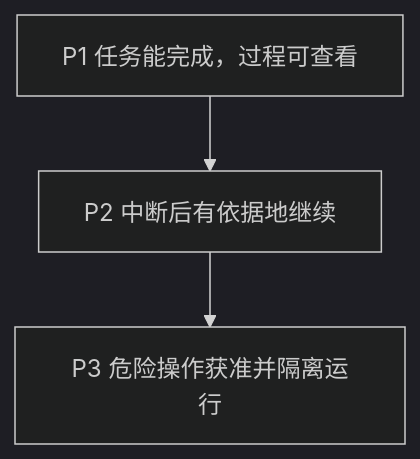
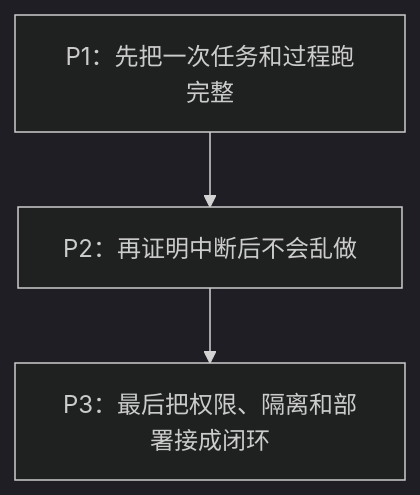
One commit to CherryYang05/BearAgent changed the diagram in site/src/content/docs/zh-cn/project/milestones.md. Above: the diagram before and after it, drawn with Mermaid (dark theme). The commit also changed other lines of this file and 51 other files, not shown here.

````diff
--- a/site/src/content/docs/zh-cn/project/milestones.md
+++ b/site/src/content/docs/zh-cn/project/milestones.md
@@ -20,5 +21,5 @@
 ```mermaid
 flowchart TB
-    P1["P1 任务能完成，过程可查看"] --> P2["P2 中断后有依据地继续"]
-    P2 --> P3["P3 危险操作获准并隔离运行"]
+    P1["P1：先把一次任务和过程跑完整"] --> P2["P2：再证明中断后不会乱做"]
+    P2 --> P3["P3：最后把权限、隔离和部署接成闭环"]
 ```
````
